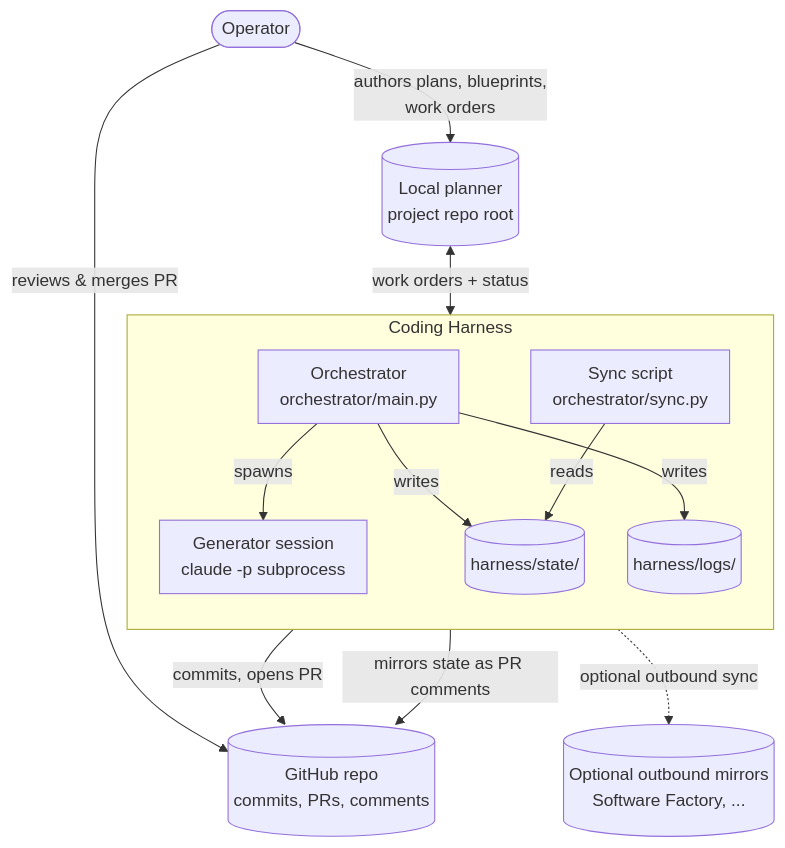
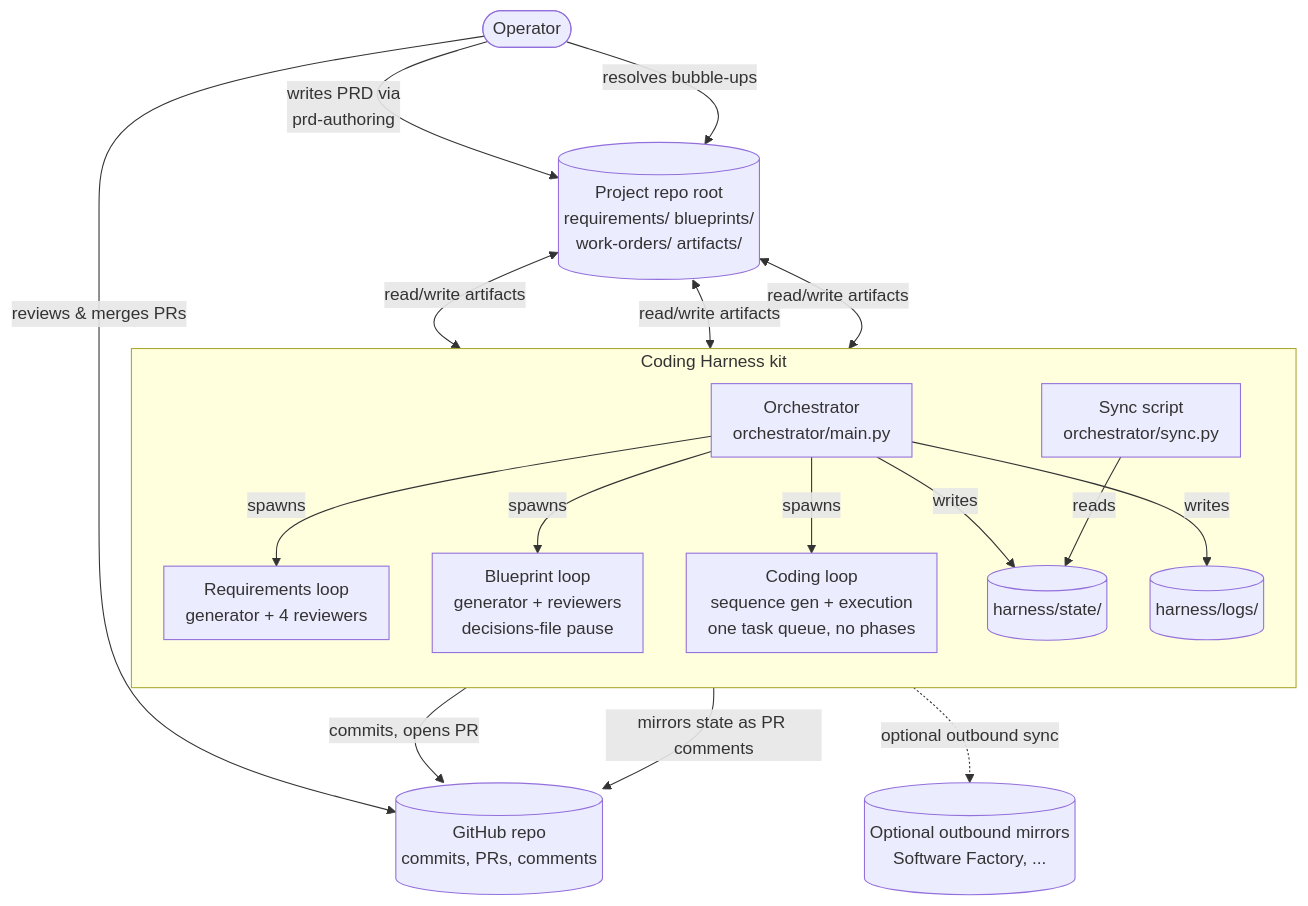
Before and after one commit to ribhav99/coding_harness: the first of 2 diagrams in PRD.md, drawn with Mermaid. The commit also changed other lines of this file and 2 other files, not shown here.

Commit message:
updated prd and first skill

````diff
--- a/PRD.md
+++ b/PRD.md
@@ -50,29 +60,36 @@
 ```mermaid
 %%{init: {'flowchart': {'nodeSpacing': 40, 'rankSpacing': 40, 'padding': 10}}}%%
 flowchart TB
     Op([Operator])
-    Local[(Local planner<br/>project repo root)]
+    Local[(Project repo root<br/>requirements/ blueprints/<br/>work-orders/ artifacts/)]
     Repo[(GitHub repo<br/>commits, PRs, comments)]
     Mirrors[(Optional outbound mirrors<br/>Software Factory, ...)]
 
-    subgraph Harness [Coding Harness]
+    subgraph Harness [Coding Harness kit]
       direction TB
       Orch[Orchestrator<br/>orchestrator/main.py]
-      Gen[Generator session<br/>claude -p subprocess]
+      LoopR[Requirements loop<br/>generator + 4 reviewers]
+      LoopB[Blueprint loop<br/>generator + reviewers<br/>decisions-file pause]
+      LoopC[Coding loop<br/>sequence gen + execution<br/>one task queue, no phases]
       Sync[Sync script<br/>orchestrator/sync.py]
       State[(harness/state/)]
       Logs[(harness/logs/)]
 
-      Orch -->|spawns| Gen
+      Orch -->|spawns| LoopR
+      Orch -->|spawns| LoopB
+      Orch -->|spawns| LoopC
       Orch -->|writes| State
       Orch -->|writes| Logs
       Sync -->|reads| State
     end
 
-    Op -->|authors plans, blueprints,<br/>work orders| Local
-    Op -->|reviews & merges PR| Repo
-    Local <-->|work orders + status| Orch
-    Gen -->|commits, opens PR| Repo
+    Op -->|writes PRD via<br/>prd-authoring| Local
+    Op -->|resolves bubble-ups| Local
+    Op -->|reviews & merges PRs| Repo
+    Local <-->|read/write artifacts| LoopR
+    Local <-->|read/write artifacts| LoopB
+    Local <-->|read/write artifacts| LoopC
+    LoopC -->|commits, opens PR| Repo
     Sync -->|mirrors state as PR comments| Repo
     Sync -.->|optional outbound sync| Mirrors
 ```
````
